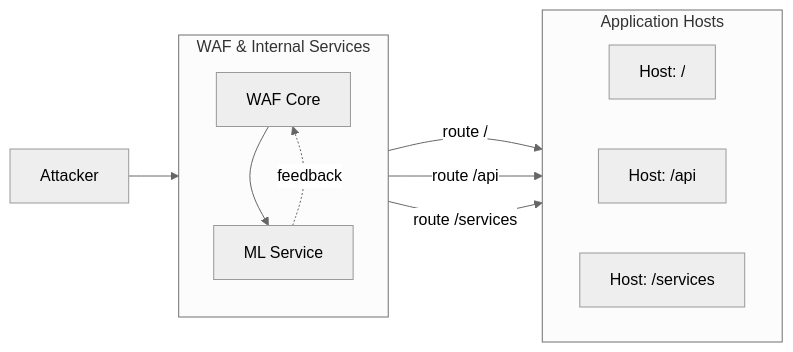
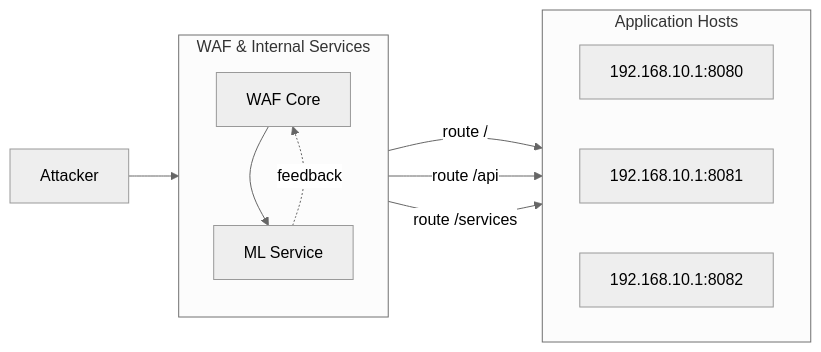
The first of 2 diagrams in README.md (siteslave/nurada-waf), drawn with Mermaid (neutral theme) before and after one commit.

Commit message:
Update Mermaid diagram to reflect actual host addresses for application services

````diff
--- a/README.md
+++ b/README.md
@@ -36,23 +36,23 @@
 ```mermaid
 flowchart LR
   A[Attacker] --> W
 
   subgraph S[WAF & Internal Services]
     direction TB
     W[WAF Core]
     ML[ML Service]
     W --> ML
     ML -. feedback .-> W
   end
 
   subgraph T[Application Hosts]
     direction LR
-    H1[Host: /]
-    H2[Host: /api]
-    H3[Host: /services]
+    H1[192.168.10.1:8080]
+    H2[192.168.10.1:8081]
+    H3[192.168.10.1:8082]
   end
 
   W -->|route /| H1
   W -->|route /api| H2
   W -->|route /services| H3
 ```
````
